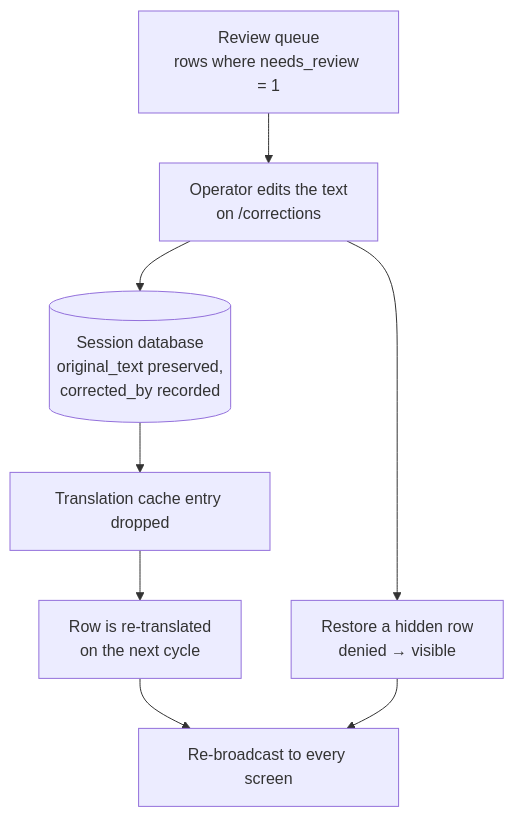
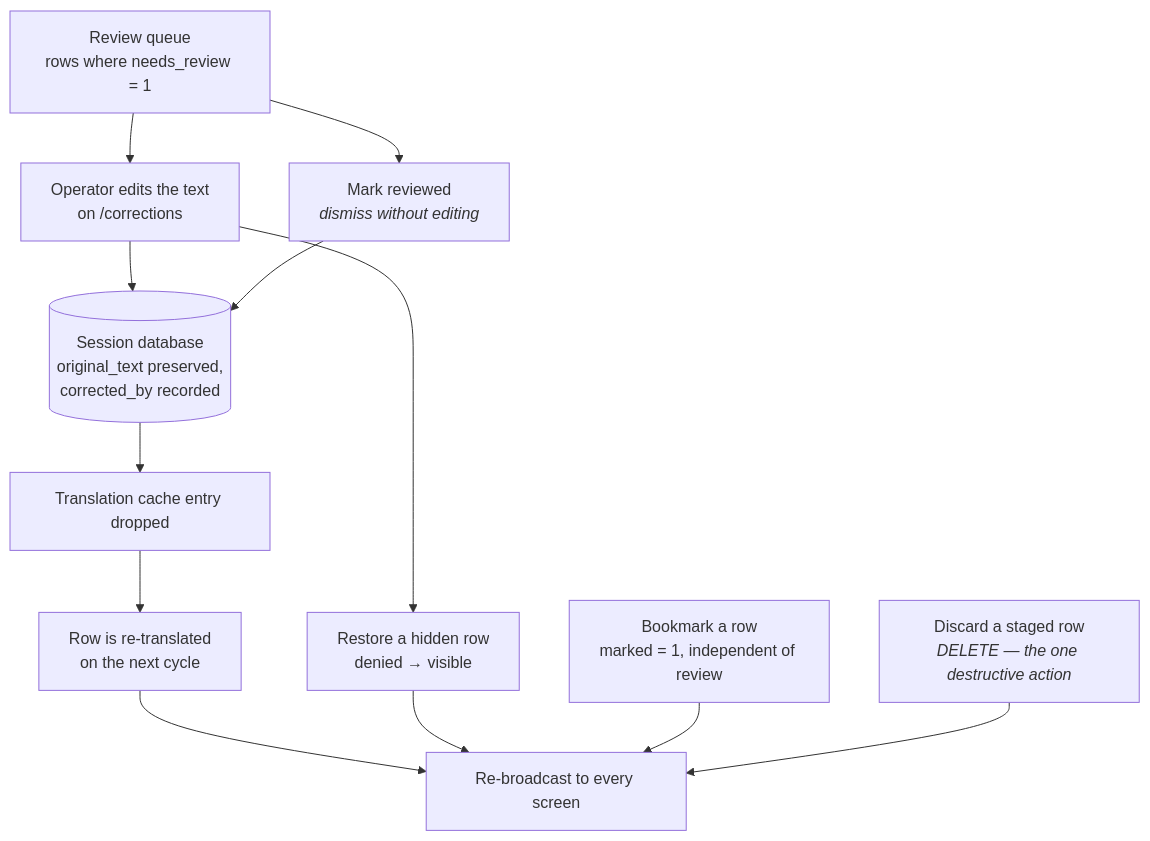
Before and after one commit to ChurchPresenter/STT: the tenth of 11 diagrams in PIPELINE.md, drawn with Mermaid. The commit also changed other lines of this file, not shown here.

````diff
--- a/PIPELINE.md
+++ b/PIPELINE.md
@@ -243,18 +408,25 @@
 ```mermaid
 flowchart TD
     Q["Review queue<br/>rows where needs_review = 1"]
     ED["Operator edits the text<br/>on /corrections"]
     DB[("Session database<br/>original_text preserved,<br/>corrected_by recorded")]
     INV["Translation cache entry dropped"]
     RT["Row is re-translated<br/>on the next cycle"]
     SCR["Re-broadcast to every screen"]
     DEN["Restore a hidden row<br/>denied → visible"]
 
+    MRK["Bookmark a row<br/>marked = 1, independent of review"]
+    DIS["Discard a staged row<br/><i>DELETE — the one destructive action</i>"]
+
     Q --> ED
+    Q --> MR["Mark reviewed<br/><i>dismiss without editing</i>"]
     ED --> DB
     DB --> INV
     INV --> RT
     RT --> SCR
     ED --> DEN
     DEN --> SCR
+    MR --> DB
+    MRK --> SCR
+    DIS --> SCR
 ```
````
